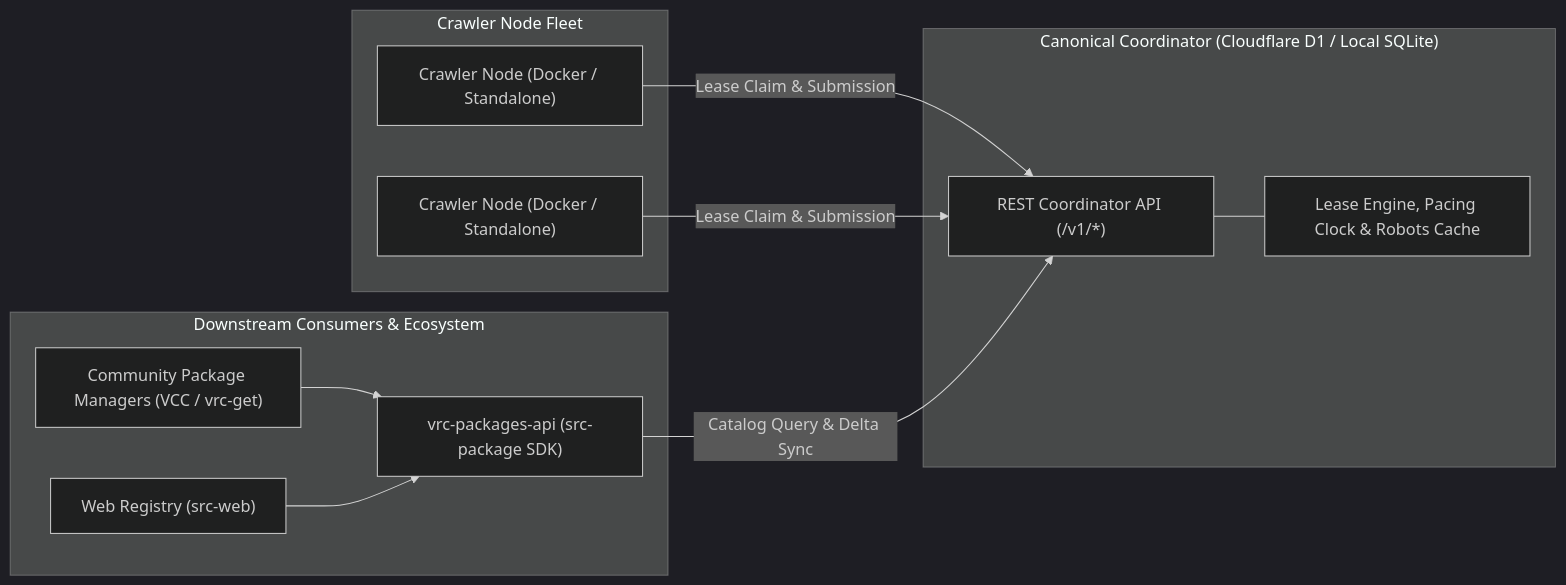
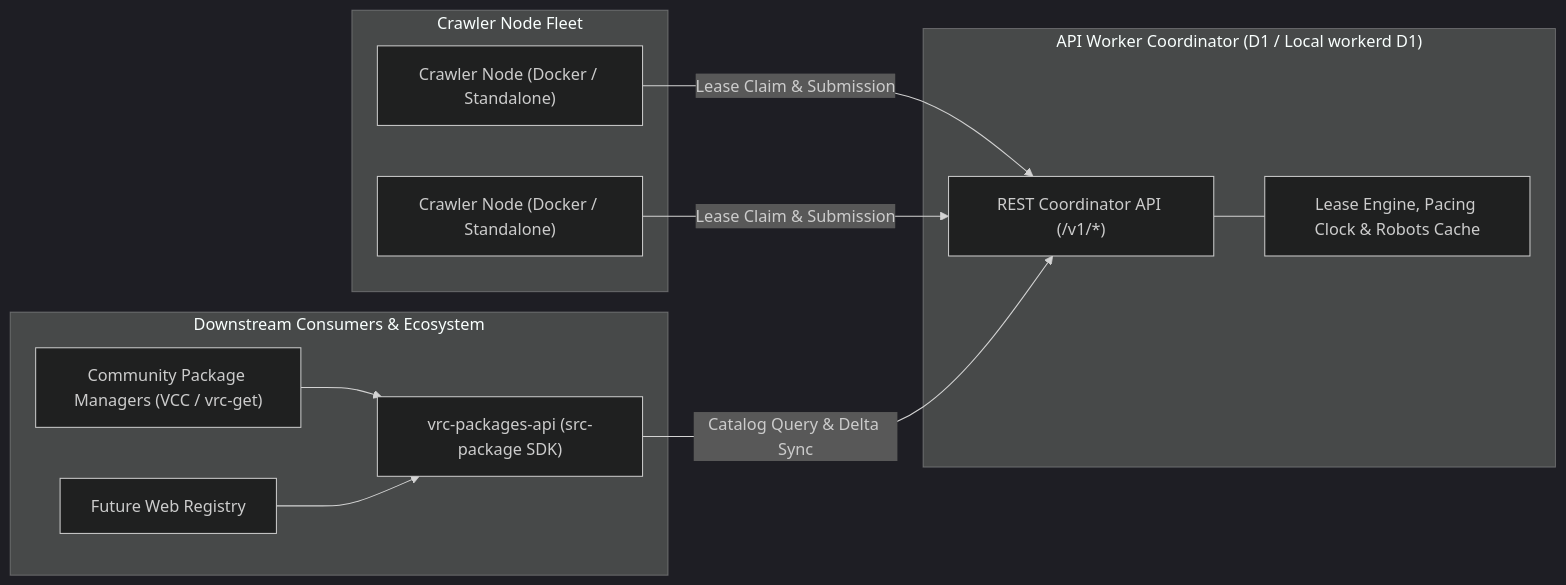
One commit to SlamTheDragon/vrc-package-crawler changed the diagram in README.md. Above: the diagram before and after it, drawn with Mermaid (dark theme). The commit also changed other lines of this file and 125 other files, not shown here.

````diff
--- a/README.md
+++ b/README.md
@@ -13,25 +13,25 @@
 ```mermaid
 flowchart LR
     subgraph CrawlerFleet["Crawler Node Fleet"]
         N1["Crawler Node (Docker / Standalone)"]
         N2["Crawler Node (Docker / Standalone)"]
     end
 
-    subgraph Coordinator["Canonical Coordinator (Cloudflare D1 / Local SQLite)"]
+    subgraph Coordinator["API Worker Coordinator (D1 / Local workerd D1)"]
         API["REST Coordinator API (/v1/*)"]
         Store["Lease Engine, Pacing Clock & Robots Cache"]
     end
 
     subgraph Downstream["Downstream Consumers & Ecosystem"]
         SDK["vrc-packages-api (src-package SDK)"]
         CLI["Community Package Managers (VCC / vrc-get)"]
-        Web["Web Registry (src-web)"]
+        Web["Future Web Registry"]
     end
 
     N1 -- "Lease Claim & Submission" --> API
     N2 -- "Lease Claim & Submission" --> API
     API --- Store
     SDK -- "Catalog Query & Delta Sync" --> API
     CLI --> SDK
     Web --> SDK
 ```
````
